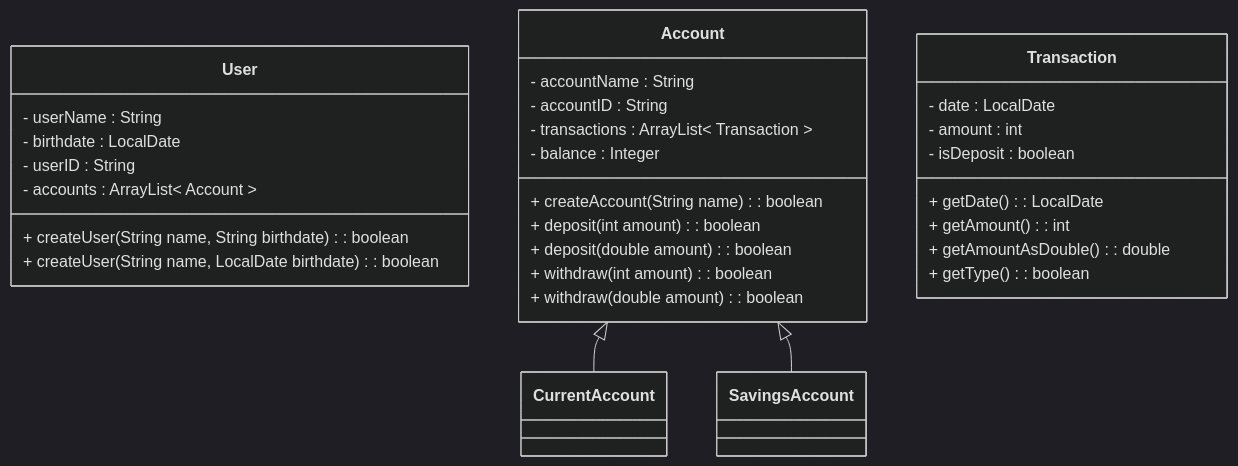
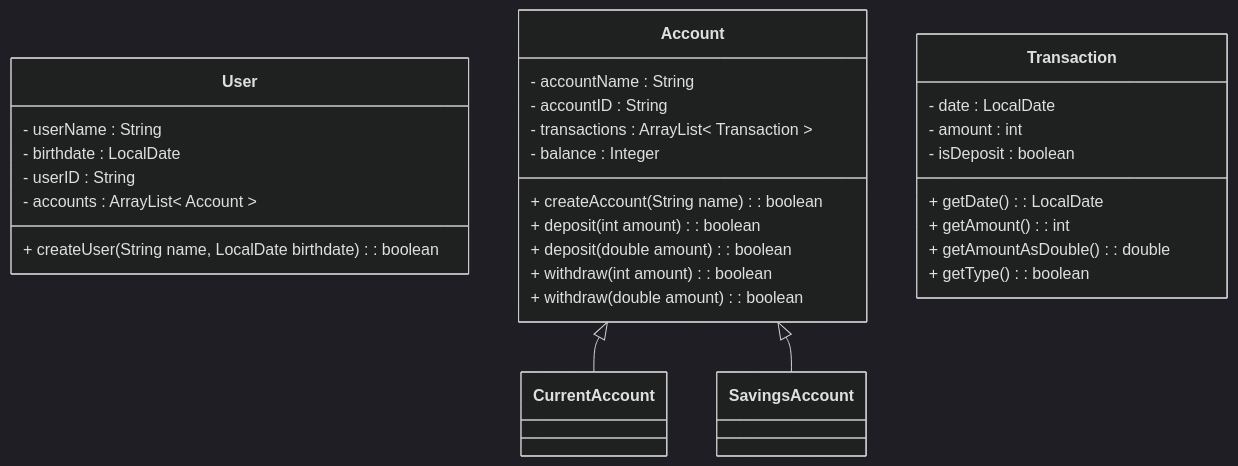
Before and after one commit to boolean-uk/java-tdd-oop-bank-challenge: the diagram in class-diagram.md, drawn with Mermaid (dark theme). The commit also changed 12 other files, not shown here.

`````diff
--- a/class-diagram.md
+++ b/class-diagram.md
@@ -1,40 +1,39 @@
 ````mermaid
 classDiagram
     class User{
         - userName : String
         - birthdate : LocalDate
         - userID : String
         - accounts : ArrayList< Account >
-        + createUser(String name, String birthdate) : boolean
         + createUser(String name, LocalDate birthdate) : boolean
     }
     class Account{
         - accountName : String
         - accountID : String
         - transactions : ArrayList< Transaction >
         - balance : Integer
         + createAccount(String name) : boolean
         + deposit(int amount) : boolean
         + deposit(double amount) : boolean
         + withdraw(int amount) : boolean
         + withdraw(double amount) : boolean
     }
     class CurrentAccount{
         
     }
     class SavingsAccount{
         
     }
     class Transaction{
         - date : LocalDate
         - amount : int
         - isDeposit : boolean
         + getDate() : LocalDate
         + getAmount() : int
         + getAmountAsDouble() : double
         + getType() : boolean
     }
     
     Account <|-- CurrentAccount
     Account <|-- SavingsAccount
 ````
`````
